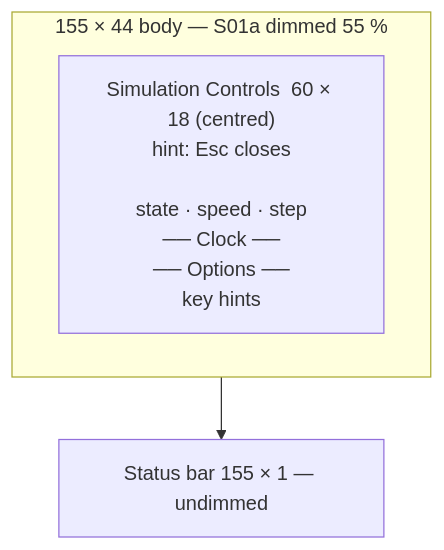
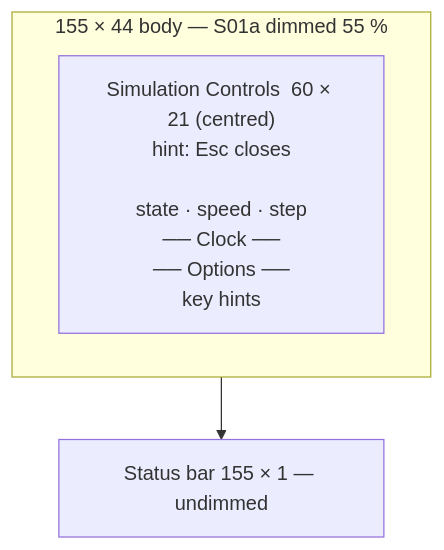
One commit to sbayer55/sim-fortress changed the diagram in docs/screens/s10-simulation-controls.md. Above: the diagram before and after it, drawn with Mermaid. The commit also changed other lines of this file and 49 other files, not shown here.

````diff
--- a/docs/screens/s10-simulation-controls.md
+++ b/docs/screens/s10-simulation-controls.md
@@ -31,8 +31,8 @@
 ```mermaid
 flowchart TB
     subgraph body["155 × 44 body — S01a dimmed 55 %"]
-        modal["Simulation Controls  60 × 18 (centred)<br/>hint: Esc closes<br/><br/>state · speed · step<br/>── Clock ──<br/>── Options ──<br/>key hints"]
+        modal["Simulation Controls  60 × 21 (centred)<br/>hint: Esc closes<br/><br/>state · speed · step<br/>── Clock ──<br/>── Options ──<br/>key hints"]
     end
     status["Status bar 155 × 1 — undimmed"]
     body --> status
 ```
````
